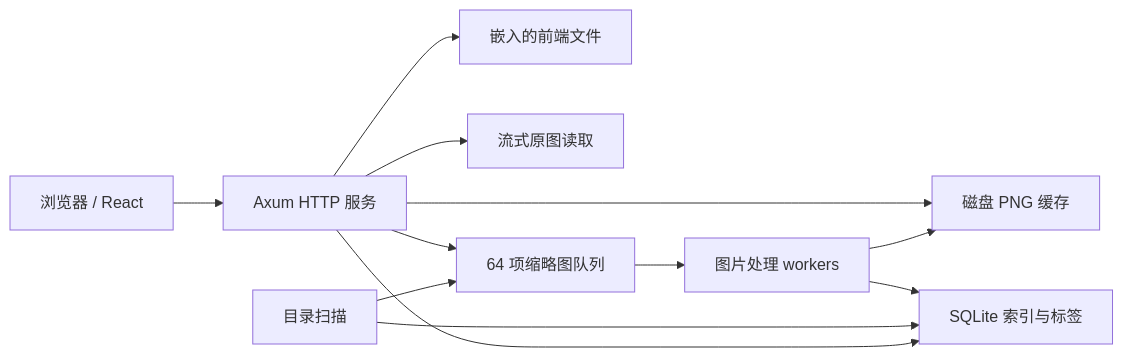
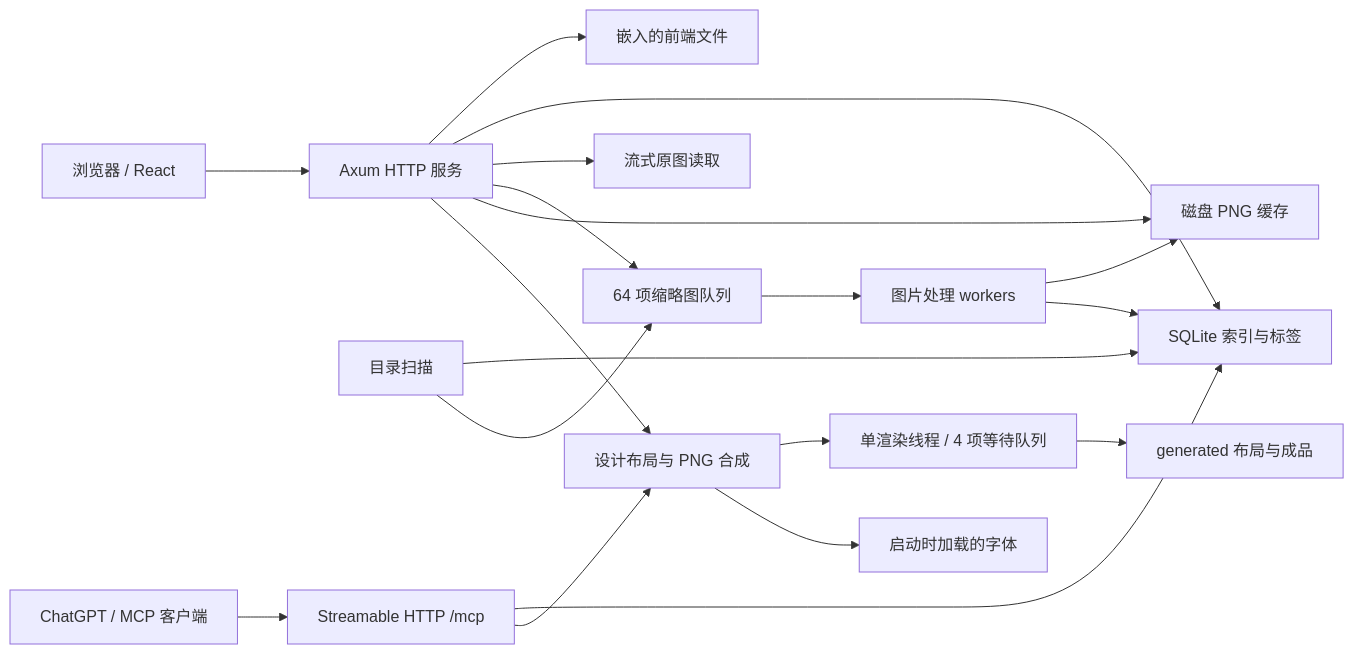
Before and after one commit to xinxiuzhu/Picsoc: the diagram in docs/ARCHITECTURE.md, drawn with Mermaid. The commit also changed other lines of this file and 29 other files, not shown here.

Commit message:
feat: add Rust MCP and editable PNG designs

````diff
--- a/docs/ARCHITECTURE.md
+++ b/docs/ARCHITECTURE.md
@@ -9,14 +9,21 @@
 ```mermaid
 flowchart LR
     Browser[浏览器 / React] --> HTTP[Axum HTTP 服务]
     HTTP --> UI[嵌入的前端文件]
     HTTP --> DB[SQLite 索引与标签]
     HTTP --> Original[流式原图读取]
     Scan[目录扫描] --> DB
     Scan --> Queue[64 项缩略图队列]
     HTTP --> Queue
     Queue --> Workers[图片处理 workers]
     Workers --> Cache[磁盘 PNG 缓存]
     Workers --> DB
     HTTP --> Cache
+    ChatGPT[ChatGPT / MCP 客户端] --> MCP[Streamable HTTP /mcp]
+    MCP --> DB
+    MCP --> Design[设计布局与 PNG 合成]
+    HTTP --> Design
+    Design --> Render[单渲染线程 / 4 项等待队列]
+    Render --> Generated[generated 布局与成品]
+    Design --> Fonts[启动时加载的字体]
 ```
````
